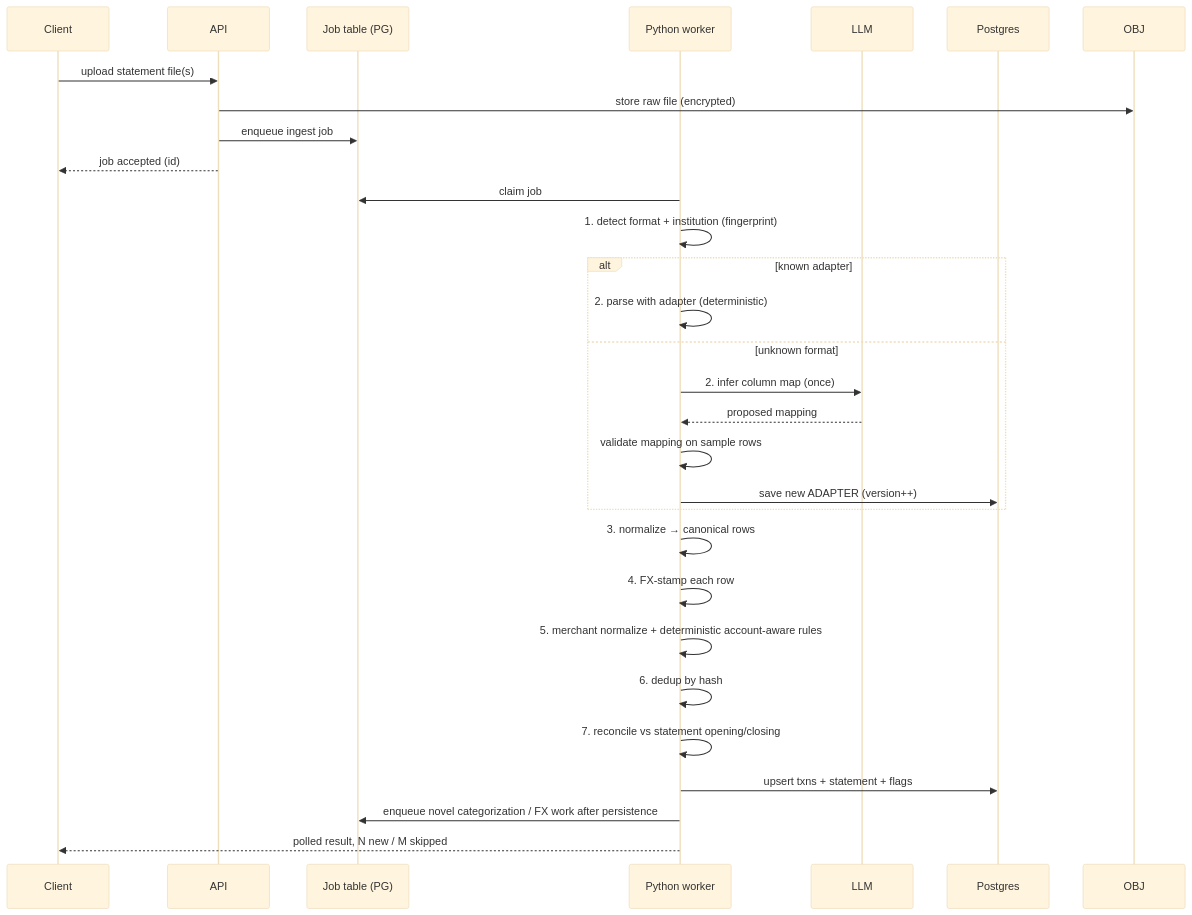
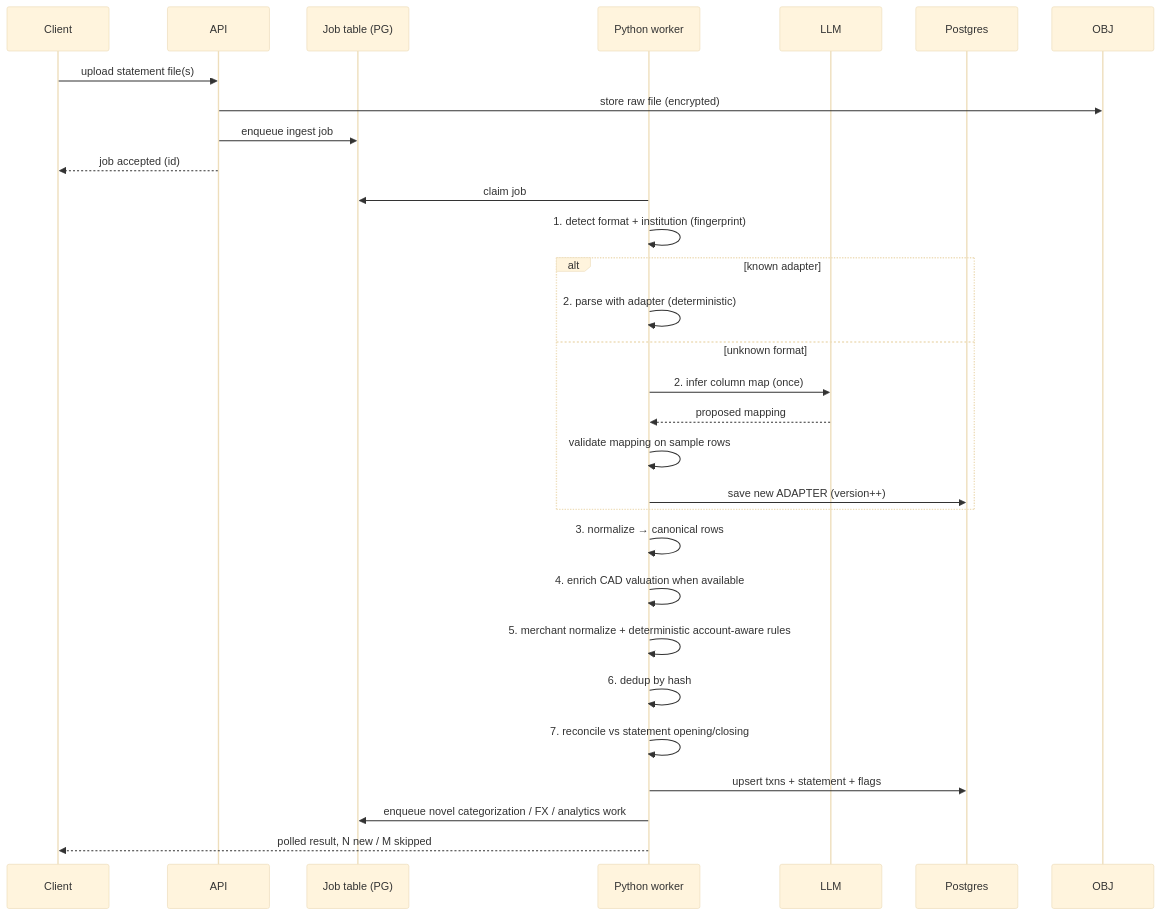
The third of 5 diagrams in docs/ARCHITECTURE.md (Shady-C/ledger), drawn with Mermaid (base theme) before and after one commit. The commit also changed other lines of this file and 12 other files, not shown here.

````diff
--- a/docs/ARCHITECTURE.md
+++ b/docs/ARCHITECTURE.md
@@ -274,32 +351,32 @@
 ```mermaid
 sequenceDiagram
     participant U as Client
     participant API as API
     participant Q as Job table (PG)
     participant W as Python worker
     participant AI as LLM
     participant DB as Postgres
 
     U->>API: upload statement file(s)
     API->>OBJ: store raw file (encrypted)
     API->>Q: enqueue ingest job
     API-->>U: job accepted (id)
     W->>Q: claim job
     W->>W: 1. detect format + institution (fingerprint)
     alt known adapter
         W->>W: 2. parse with adapter (deterministic)
     else unknown format
         W->>AI: 2. infer column map (once)
         AI-->>W: proposed mapping
         W->>W: validate mapping on sample rows
         W->>DB: save new ADAPTER (version++)
     end
     W->>W: 3. normalize → canonical rows
-    W->>W: 4. FX-stamp each row
+    W->>W: 4. enrich CAD valuation when available
     W->>W: 5. merchant normalize + deterministic account-aware rules
     W->>W: 6. dedup by hash
     W->>W: 7. reconcile vs statement opening/closing
     W->>DB: upsert txns + statement + flags
-    W->>Q: enqueue novel categorization / FX work after persistence
+    W->>Q: enqueue novel categorization / FX / analytics work
     W-->>U: polled result, N new / M skipped
 ```
````
